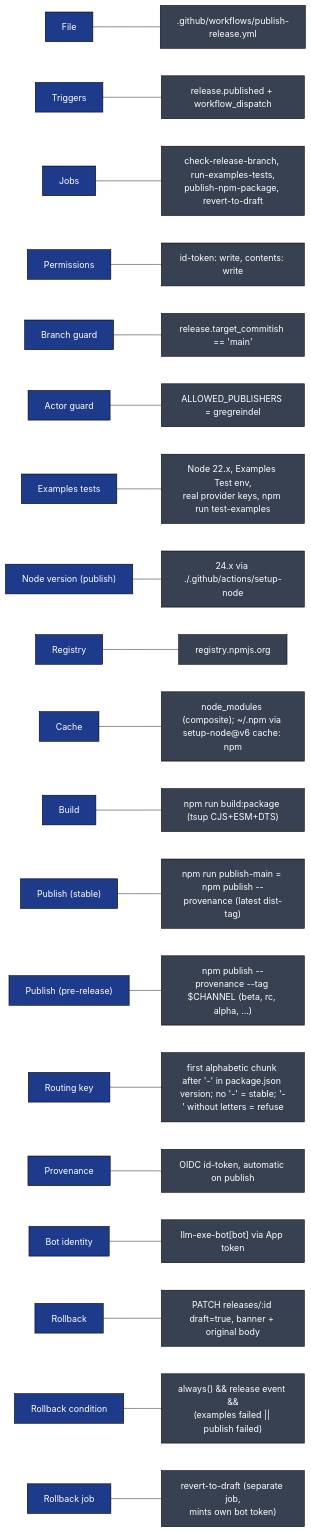
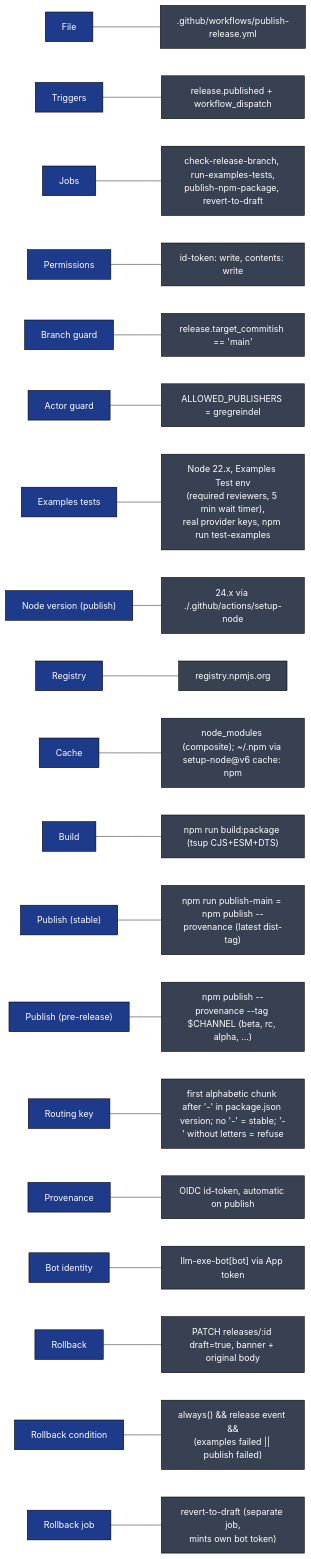
One commit to llm-exe/llm-exe changed diagram 12 of 12 in .github/docs/PUBLISH_RELEASE_DEEP_DIVE.md. Above: the diagram before and after it, drawn with Mermaid. The commit also changed other lines of this file and 1 other file, not shown here.

````diff
--- a/.github/docs/PUBLISH_RELEASE_DEEP_DIVE.md
+++ b/.github/docs/PUBLISH_RELEASE_DEEP_DIVE.md
@@ -569,25 +583,25 @@
 ```mermaid
 flowchart LR
     classDef k fill:#1e3a8a,color:#fff,stroke:#000
     classDef v fill:#374151,color:#fff,stroke:#000
 
     K1["File"]:::k --- V1[".github/workflows/publish-release.yml"]:::v
     K2["Triggers"]:::k --- V2["release.published + workflow_dispatch"]:::v
     K3["Jobs"]:::k --- V3["check-release-branch, run-examples-tests,\npublish-npm-package, revert-to-draft"]:::v
     K4["Permissions"]:::k --- V4["id-token: write, contents: write"]:::v
     K5["Branch guard"]:::k --- V5["release.target_commitish == 'main'"]:::v
     K6["Actor guard"]:::k --- V6["ALLOWED_PUBLISHERS = gregreindel"]:::v
-    K6b["Examples tests"]:::k --- V6b["Node 22.x, Examples Test env,\nreal provider keys, npm run test-examples"]:::v
+    K6b["Examples tests"]:::k --- V6b["Node 22.x, Examples Test env\n(required reviewers, 5 min wait timer),\nreal provider keys, npm run test-examples"]:::v
     K7["Node version (publish)"]:::k --- V7["24.x via ./.github/actions/setup-node"]:::v
     K8["Registry"]:::k --- V8["registry.npmjs.org"]:::v
     K9["Cache"]:::k --- V9["node_modules (composite); ~/.npm via setup-node@v6 cache: npm"]:::v
     K10["Build"]:::k --- V10["npm run build:package (tsup CJS+ESM+DTS)"]:::v
     K11["Publish (stable)"]:::k --- V11["npm run publish-main = npm publish --provenance (latest dist-tag)"]:::v
     K12["Publish (pre-release)"]:::k --- V12["npm publish --provenance --tag $CHANNEL (beta, rc, alpha, ...)"]:::v
     K13["Routing key"]:::k --- V13["first alphabetic chunk after '-' in package.json version; no '-' = stable; '-' without letters = refuse"]:::v
     K14["Provenance"]:::k --- V14["OIDC id-token, automatic on publish"]:::v
     K15["Bot identity"]:::k --- V15["llm-exe-bot[bot] via App token"]:::v
     K16["Rollback"]:::k --- V16["PATCH releases/:id draft=true, banner + original body"]:::v
     K17["Rollback condition"]:::k --- V17["always() && release event &&\n(examples failed || publish failed)"]:::v
     K18["Rollback job"]:::k --- V18["revert-to-draft (separate job,\nmints own bot token)"]:::v
 ```
````
